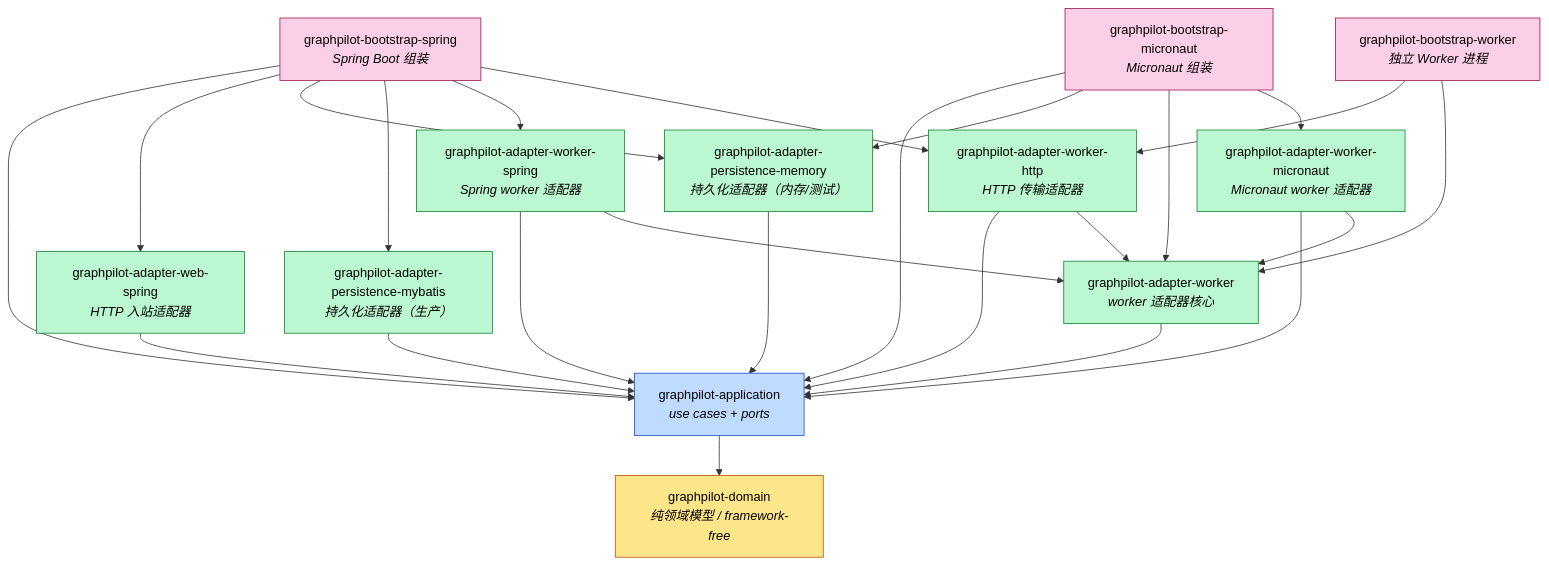
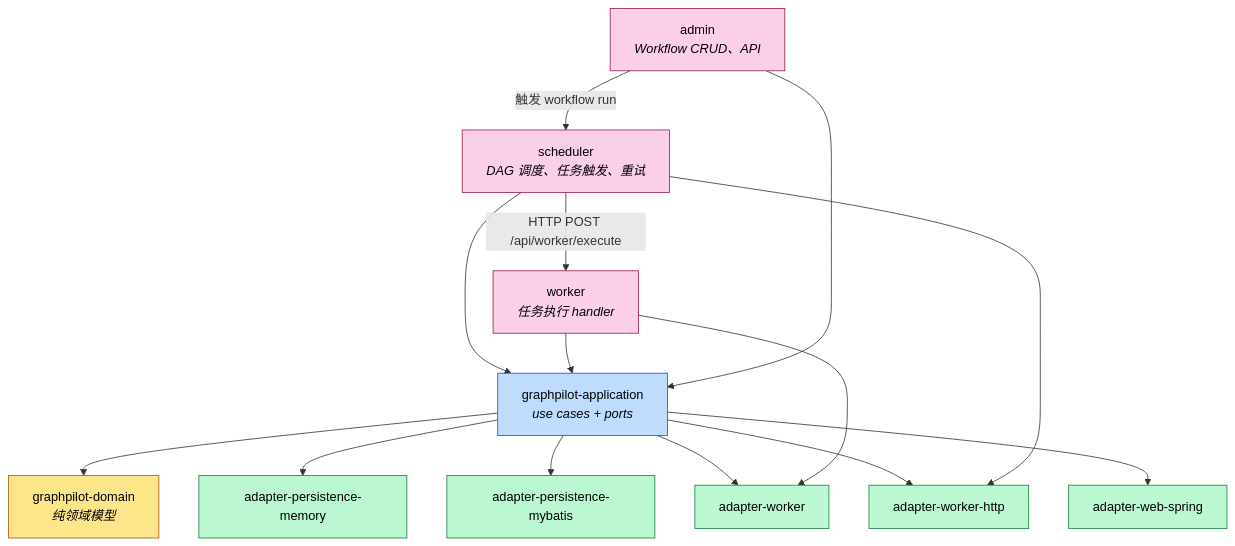
Before and after one commit to jack20170608/GraphPilot: the diagram in docs/architecture/module-dependencies.md, drawn with Mermaid. The commit also changed other lines of this file and 14 other files, not shown here.

````diff
--- a/docs/architecture/module-dependencies.md
+++ b/docs/architecture/module-dependencies.md
@@ -13,68 +13,51 @@
 ```mermaid
 graph TD
-    %% 领域层（最内层）
-    DOMAIN["graphpilot-domain<br/><i>纯领域模型 / framework-free</i>"]
+    %% 3 核心业务模块
+    SCHEDULER["scheduler<br/><i>DAG 调度、任务触发、重试</i>"]
+    WORKER["worker<br/><i>任务执行 handler</i>"]
+    ADMIN["admin<br/><i>Workflow CRUD、API</i>"]
 
-    %% 应用层
+    %% 共享层
+    DOMAIN["graphpilot-domain<br/><i>纯领域模型</i>"]
     APP["graphpilot-application<br/><i>use cases + ports</i>"]
 
-    %% Adapter 层
-    WEB["graphpilot-adapter-web-spring<br/><i>HTTP 入站适配器</i>"]
-    MYBATIS["graphpilot-adapter-persistence-mybatis<br/><i>持久化适配器（生产）</i>"]
-    MEMORY["graphpilot-adapter-persistence-memory<br/><i>持久化适配器（内存/测试）</i>"]
-    WORKER["graphpilot-adapter-worker<br/><i>worker 适配器核心</i>"]
-    WORKER_SPRING["graphpilot-adapter-worker-spring<br/><i>Spring worker 适配器</i>"]
-    WORKER_MICRONAUT["graphpilot-adapter-worker-micronaut<br/><i>Micronaut worker 适配器</i>"]
-    WORKER_HTTP["graphpilot-adapter-worker-http<br/><i>HTTP 传输适配器</i>"]
+    %% 适配器层
+    PERSISTENCE_MEM["adapter-persistence-memory"]
+    PERSISTENCE_MYBATIS["adapter-persistence-mybatis"]
+    ADAPTER_WORKER["adapter-worker"]
+    ADAPTER_WORKER_HTTP["adapter-worker-http"]
+    ADAPTER_WEB["adapter-web-spring"]
 
-    %% Bootstrap 层（最外层）
-    BS_SPRING["graphpilot-bootstrap-spring<br/><i>Spring Boot 组装</i>"]
-    BS_MICRONAUT["graphpilot-bootstrap-micronaut<br/><i>Micronaut 组装</i>"]
-    BS_WORKER["graphpilot-bootstrap-worker<br/><i>独立 Worker 进程</i>"]
+    %% 核心模块之间的通信
+    SCHEDULER -- "HTTP POST /api/worker/execute" --> WORKER
+    ADMIN -- "触发 workflow run" --> SCHEDULER
 
-    %% Application -> Domain
+    %% 核心 -> 共享层 -> 适配器
+    SCHEDULER --> APP
+    WORKER --> APP
+    ADMIN --> APP
+
     APP --> DOMAIN
+    APP --> PERSISTENCE_MEM
+    APP --> PERSISTENCE_MYBATIS
+    APP --> ADAPTER_WORKER
+    APP --> ADAPTER_WORKER_HTTP
+    APP --> ADAPTER_WEB
 
-    %% Adapters -> Application
-    WEB --> APP
-    MYBATIS --> APP
-    MEMORY --> APP
-    WORKER --> APP
-    WORKER_SPRING --> APP
-    WORKER_MICRONAUT --> APP
-    WORKER_HTTP --> APP
+    %% Worker -> handler core
+    WORKER --> ADAPTER_WORKER
 
-    %% Worker 框架适配 -> Worker 核心
-    WORKER_SPRING --> WORKER
-    WORKER_MICRONAUT --> WORKER
-
-    %% Worker HTTP -> Worker 核心
-    WORKER_HTTP --> WORKER
-
-    %% Bootstrap -> Adapters / Application
-    BS_SPRING --> APP
-    BS_SPRING --> WEB
-    BS_SPRING --> MEMORY
-    BS_SPRING --> MYBATIS
-    BS_SPRING --> WORKER_SPRING
-    BS_SPRING --> WORKER_HTTP
-
-    BS_MICRONAUT --> APP
-    BS_MICRONAUT --> MEMORY
-    BS_MICRONAUT --> WORKER
-    BS_MICRONAUT --> WORKER_MICRONAUT
-
-    BS_WORKER --> WORKER_HTTP
-    BS_WORKER --> WORKER
+    %% Scheduler -> HTTP adapter (在 remote 模式下)
+    SCHEDULER --> ADAPTER_WORKER_HTTP
 
     %% 分层样式
+    classDef core fill:#fbcfe8,stroke:#9d174d,color:#000
     classDef domain fill:#fde68a,stroke:#b45309,color:#000
     classDef app fill:#bfdbfe,stroke:#1d4ed8,color:#000
     classDef adapter fill:#bbf7d0,stroke:#15803d,color:#000
-    classDef bootstrap fill:#fbcfe8,stroke:#9d174d,color:#000
 
+    class SCHEDULER,WORKER,ADMIN core
     class DOMAIN domain
     class APP app
-    class WEB,MYBATIS,MEMORY,WORKER,WORKER_SPRING,WORKER_MICRONAUT,WORKER_HTTP adapter
-    class BS_SPRING,BS_MICRONAUT,BS_WORKER bootstrap
+    class PERSISTENCE_MEM,PERSISTENCE_MYBATIS,ADAPTER_WORKER,ADAPTER_WORKER_HTTP,ADAPTER_WEB adapter
 ```
````
